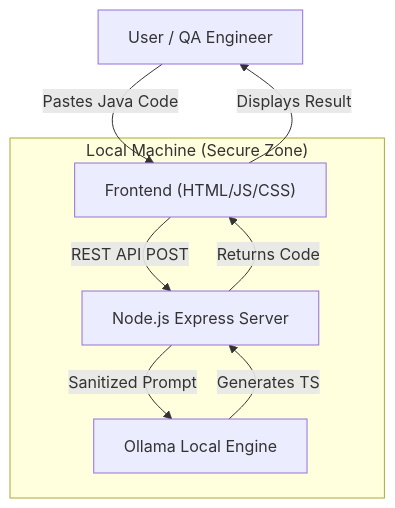
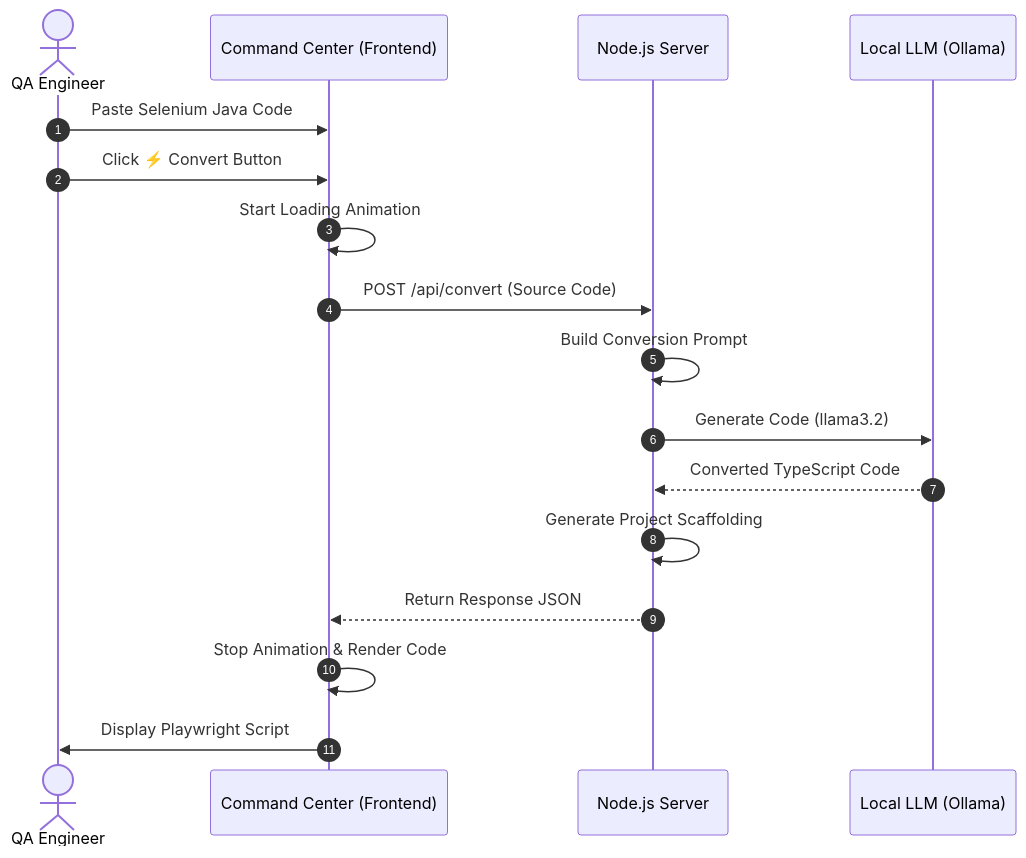
Before and after one commit to Naveen-Ravichandran003/Naveen_Local-Selenium-to-Playwright-Code-Converter: the diagram in README.md, drawn with Mermaid.

Commit message:
Docs: Updated architecture to a Sequence Diagram for better process visibility

````diff
--- a/README.md
+++ b/README.md
@@ -11,15 +11,20 @@
 ```mermaid
-graph TD
-    User["User / QA Engineer"] -->|Pastes Java Code| UI["Frontend (HTML/JS/CSS)"]
-    UI -->|REST API POST| Proxy["Node.js Express Server"]
-    Proxy -->|Sanitized Prompt| LLM["Ollama Local Engine"]
-    LLM -->|Generates TS| Proxy
-    Proxy -->|Returns Code| UI
-    UI -->|Displays Result| User
+sequenceDiagram
+    autonumber
+    actor User as QA Engineer
+    participant UI as Command Center (Frontend)
+    participant Proxy as Node.js Server
+    participant Ollama as Local LLM (Ollama)
 
-    subgraph "Local Machine (Secure Zone)"
-    UI
-    Proxy
-    LLM
-    end
+    User->>UI: Paste Selenium Java Code
+    User->>UI: Click ⚡ Convert Button
+    UI->>UI: Start Loading Animation
+    UI->>Proxy: POST /api/convert (Source Code)
+    Proxy->>Proxy: Build Conversion Prompt
+    Proxy->>Ollama: Generate Code (llama3.2)
+    Ollama-->>Proxy: Converted TypeScript Code
+    Proxy->>Proxy: Generate Project Scaffolding
+    Proxy-->>UI: Return Response JSON
+    UI->>UI: Stop Animation & Render Code
+    UI->>User: Display Playwright Script
 ```
````
